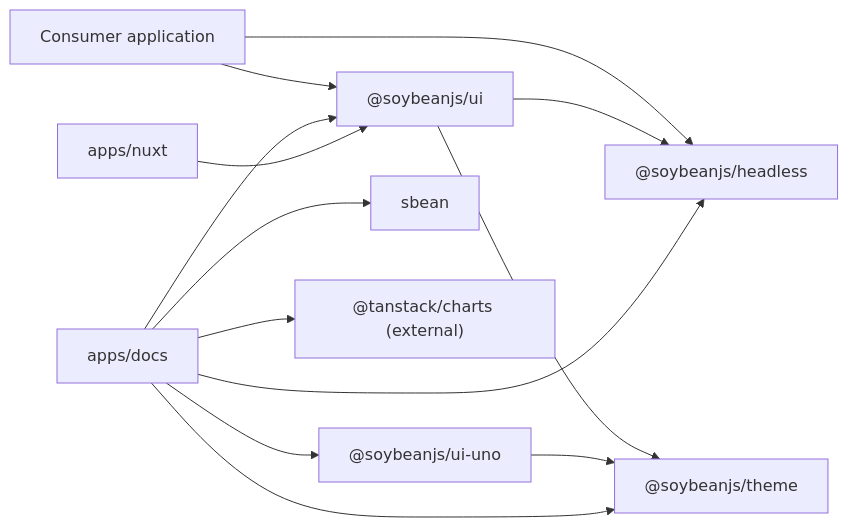
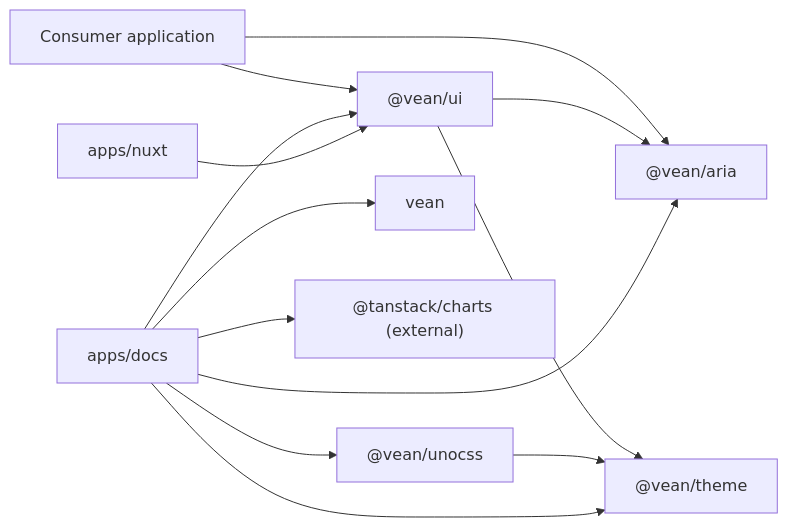
The first of 3 diagrams in docs/architecture.md (soybeanjs/soybean-ui), drawn with Mermaid before and after one commit. The commit also changed other lines of this file and 3113 other files, not shown here.

````diff
--- a/docs/architecture.md
+++ b/docs/architecture.md
@@ -105,25 +105,25 @@
 ```mermaid
 flowchart LR
   Consumer[Consumer application]
-  Headless["@soybeanjs/headless"]
-  UI["@soybeanjs/ui"]
-  Theme["@soybeanjs/theme"]
-  Uno["@soybeanjs/ui-uno"]
-  Sbean["sbean"]
+  Aria["@vean/aria"]
+  UI["@vean/ui"]
+  Theme["@vean/theme"]
+  Uno["@vean/unocss"]
+  Vean["vean"]
   TanStackCharts["@tanstack/charts (external)"]
   Docs["apps/docs"]
   Nuxt["apps/nuxt"]
 
   Consumer --> UI
-  Consumer --> Headless
-  UI --> Headless
+  Consumer --> Aria
+  UI --> Aria
   UI --> Theme
   Uno --> Theme
   Docs --> UI
-  Docs --> Headless
+  Docs --> Aria
   Docs --> Theme
   Docs --> Uno
-  Docs --> Sbean
+  Docs --> Vean
   Docs --> TanStackCharts
   Nuxt --> UI
 ```
````
